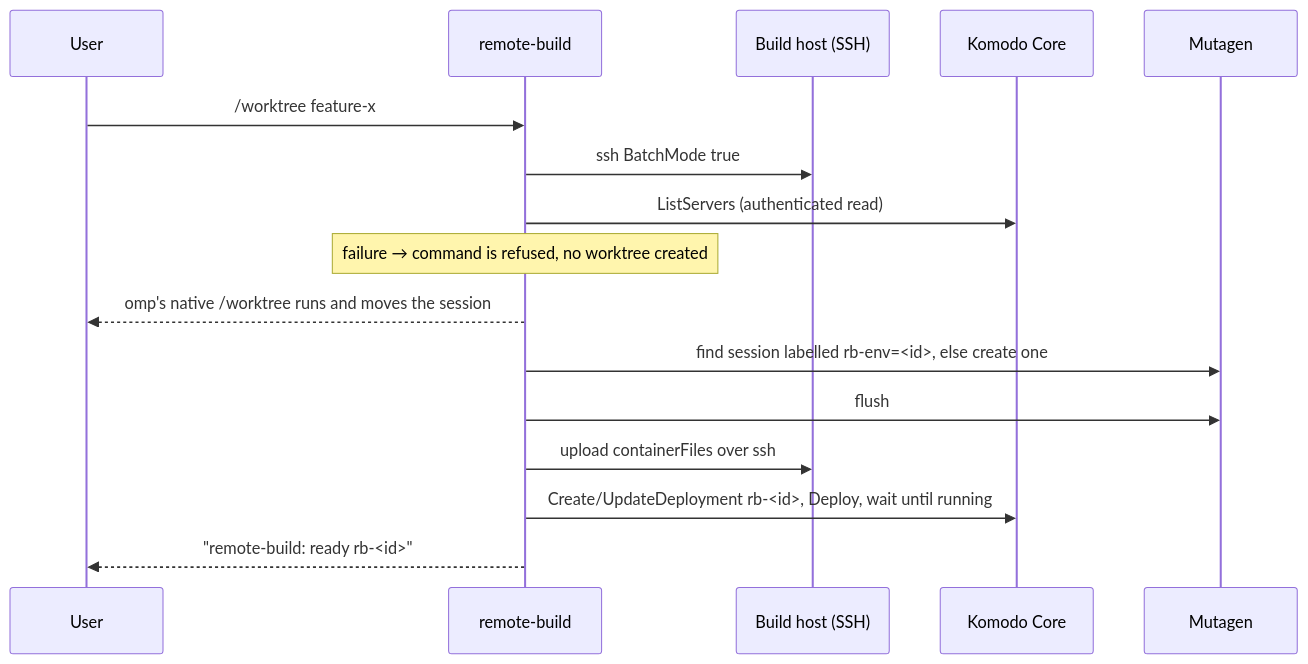
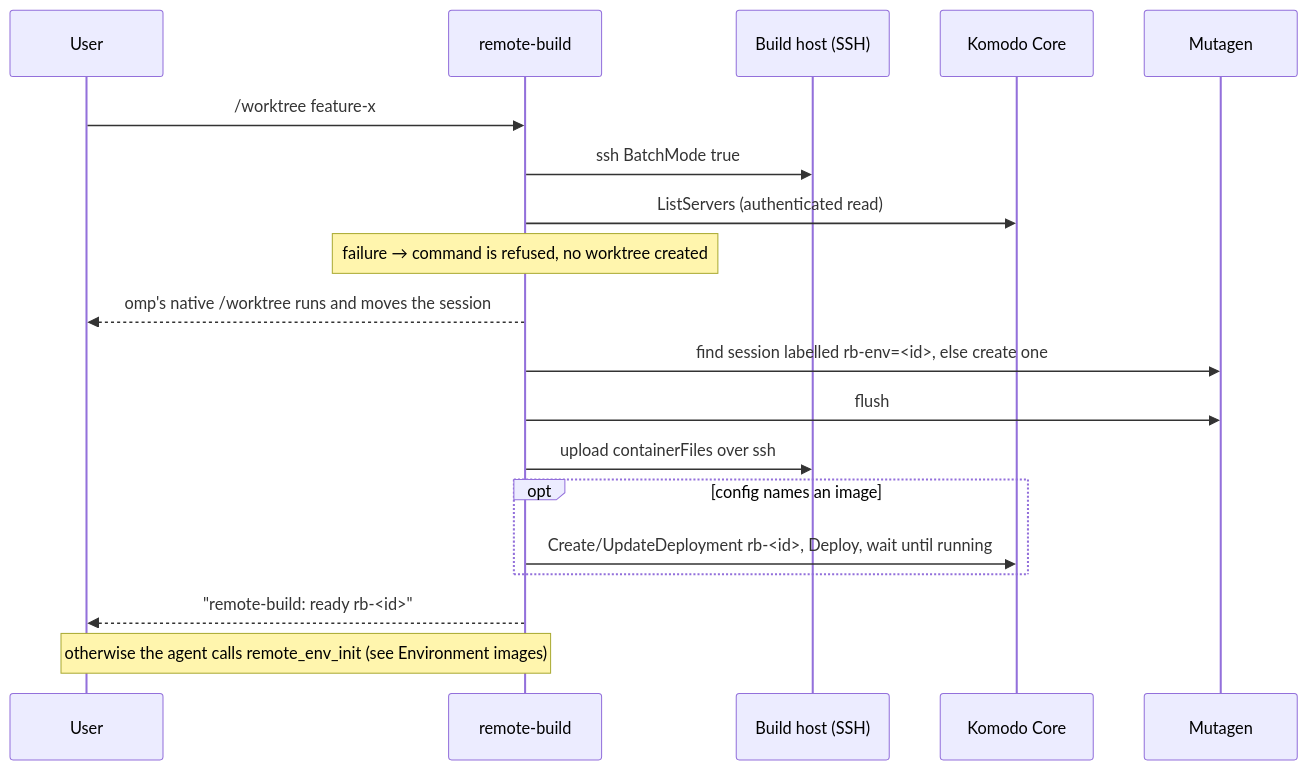
The second of 2 diagrams in README.md (mouriya-s-lab/omp-remote-build), drawn with Mermaid before and after one commit. The commit also changed other lines of this file and 12 other files, not shown here.

First line of the commit message:
Add remote_env_init: per-project environment images

````diff
--- a/README.md
+++ b/README.md
@@ -38,18 +48,21 @@
 ```mermaid
 sequenceDiagram
   participant U as User
   participant P as remote-build
   participant H as Build host (SSH)
   participant Co as Komodo Core
   participant Mu as Mutagen
   U->>P: /worktree feature-x
   P->>H: ssh BatchMode true
   P->>Co: ListServers (authenticated read)
   Note over P: failure → command is refused, no worktree created
   P-->>U: omp's native /worktree runs and moves the session
   P->>Mu: find session labelled rb-env=<id>, else create one
   P->>Mu: flush
   P->>H: upload containerFiles over ssh
-  P->>Co: Create/UpdateDeployment rb-<id>, Deploy, wait until running
+  opt config names an image
+    P->>Co: Create/UpdateDeployment rb-<id>, Deploy, wait until running
+  end
   P-->>U: "remote-build: ready rb-<id>"
+  Note over U,P: otherwise the agent calls remote_env_init (see Environment images)
 ```
````
